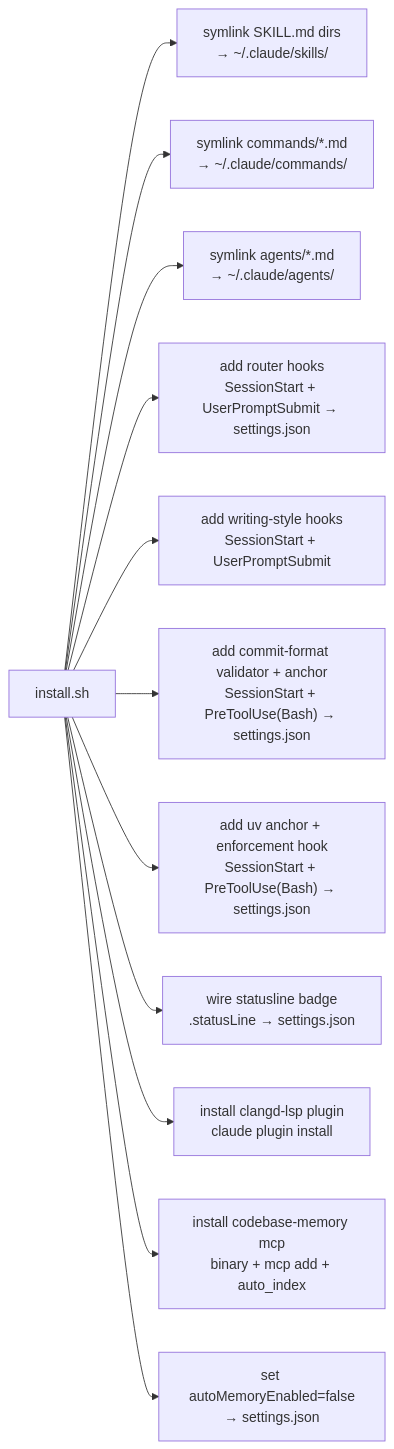
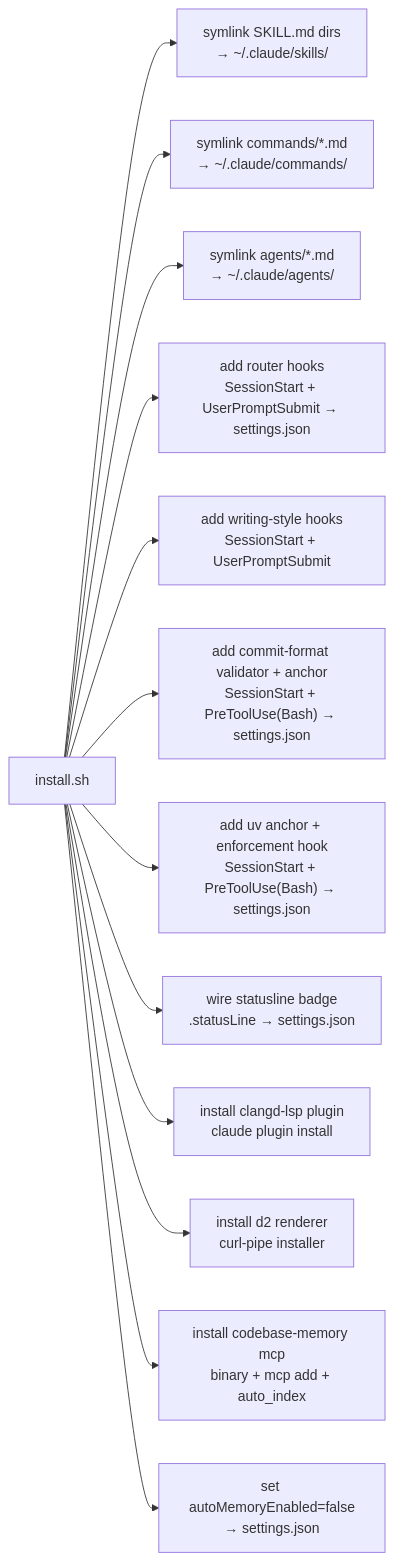
One commit to ubunish/nish-ai changed the first of 3 diagrams in README.md. Above: the diagram before and after it, drawn with Mermaid. The commit also changed other lines of this file, not shown here.

````diff
--- a/README.md
+++ b/README.md
@@ -145,14 +147,15 @@
 ```mermaid
 flowchart LR
     I["install.sh"] --> S["symlink SKILL.md dirs<br/>→ ~/.claude/skills/"]
     I --> C["symlink commands/*.md<br/>→ ~/.claude/commands/"]
     I --> AG["symlink agents/*.md<br/>→ ~/.claude/agents/"]
     I --> HR["add router hooks<br/>SessionStart + UserPromptSubmit → settings.json"]
     I --> HS["add writing-style hooks<br/>SessionStart + UserPromptSubmit"]
     I --> HV["add commit-format validator + anchor<br/>SessionStart + PreToolUse(Bash) → settings.json"]
     I --> HU["add uv anchor + enforcement hook<br/>SessionStart + PreToolUse(Bash) → settings.json"]
     I --> SL["wire statusline badge<br/>.statusLine → settings.json"]
     I --> PL["install clangd-lsp plugin<br/>claude plugin install"]
+    I --> D2["install d2 renderer<br/>curl-pipe installer"]
     I --> MM["install codebase-memory mcp<br/>binary + mcp add + auto_index"]
     I --> M["set autoMemoryEnabled=false<br/>→ settings.json"]
 ```
````
